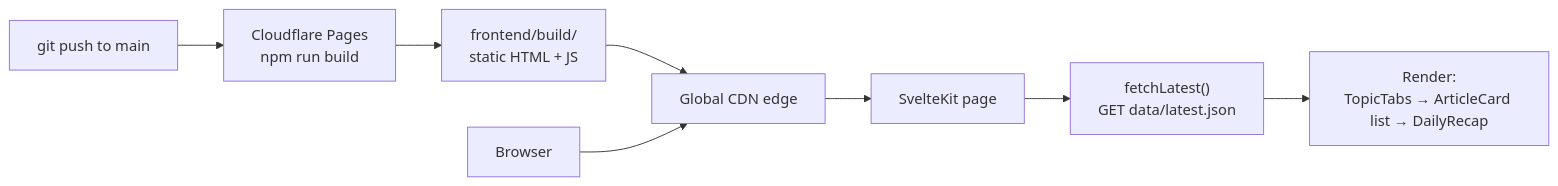
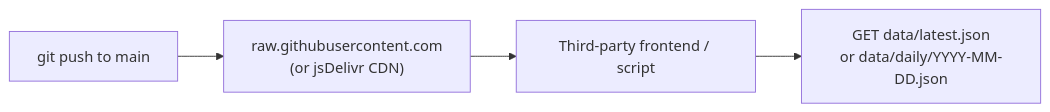
One commit to quniv/veen-news changed the fourth of 4 diagrams in docs/architecture/github-actions-workflow.md. Above: the diagram before and after it, drawn with Mermaid. The commit also changed other lines of this file and 31 other files, not shown here.

````diff
--- a/docs/architecture/github-actions-workflow.md
+++ b/docs/architecture/github-actions-workflow.md
@@ -125,11 +124,6 @@
 ```mermaid
 flowchart LR
-    PUSH["git push to main"] --> CF_BUILD["Cloudflare Pages\nnpm run build"]
-    CF_BUILD --> STATIC["frontend/build/\nstatic HTML + JS"]
-    STATIC --> CDN["Global CDN edge"]
-
-    USER["Browser"] --> CDN
-    CDN --> PAGE["SvelteKit page"]
-    PAGE --> API["fetchLatest()\nGET data/latest.json"]
-    API --> RENDER["Render:\nTopicTabs → ArticleCard list → DailyRecap"]
+    PUSH["git push to main"] --> RAW["raw.githubusercontent.com\n(or jsDelivr CDN)"]
+    RAW --> CONSUMER["Third-party frontend / script"]
+    CONSUMER --> FETCH["GET data/latest.json\nor data/daily/YYYY-MM-DD.json"]
 ```
````
